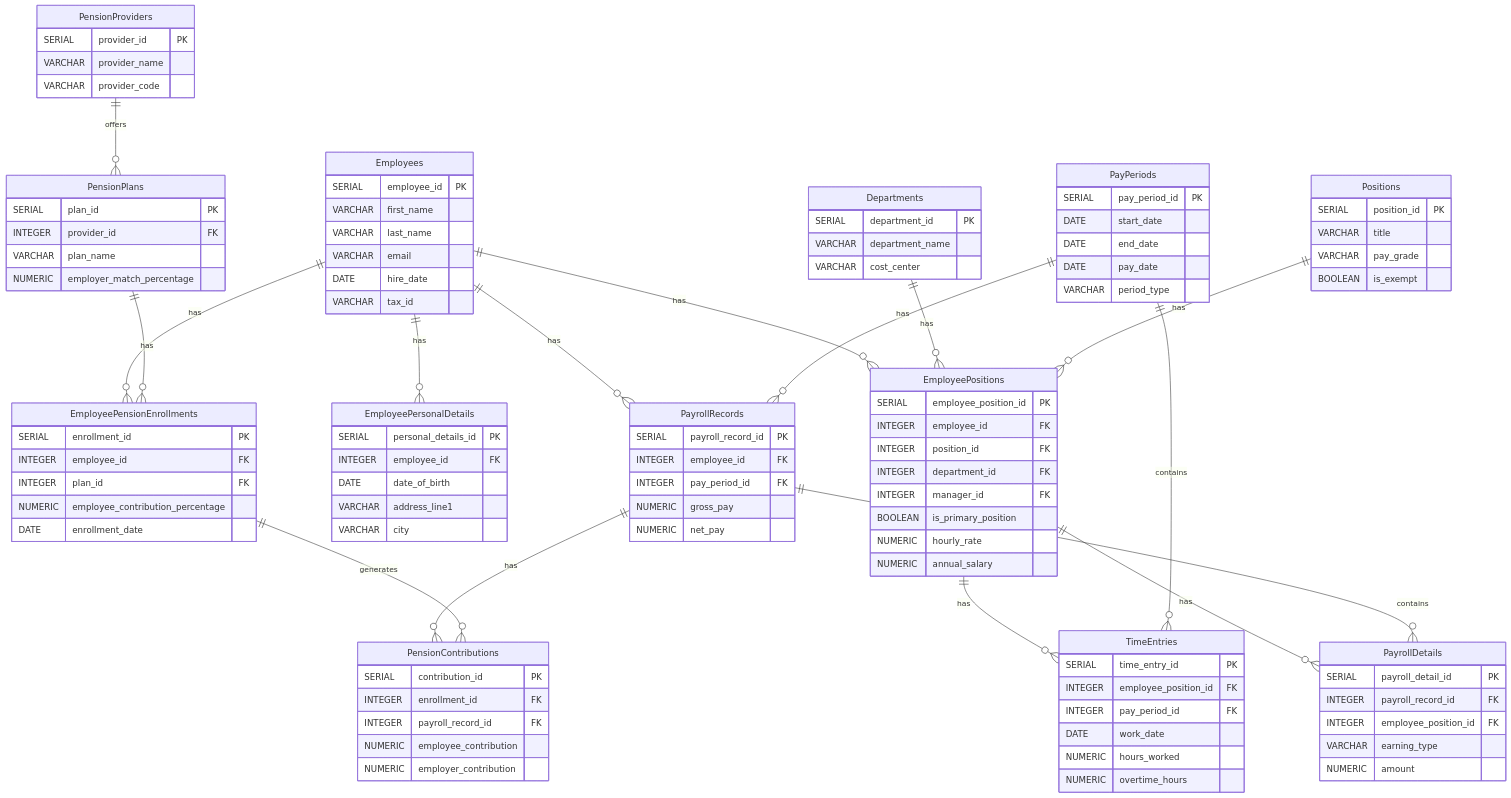
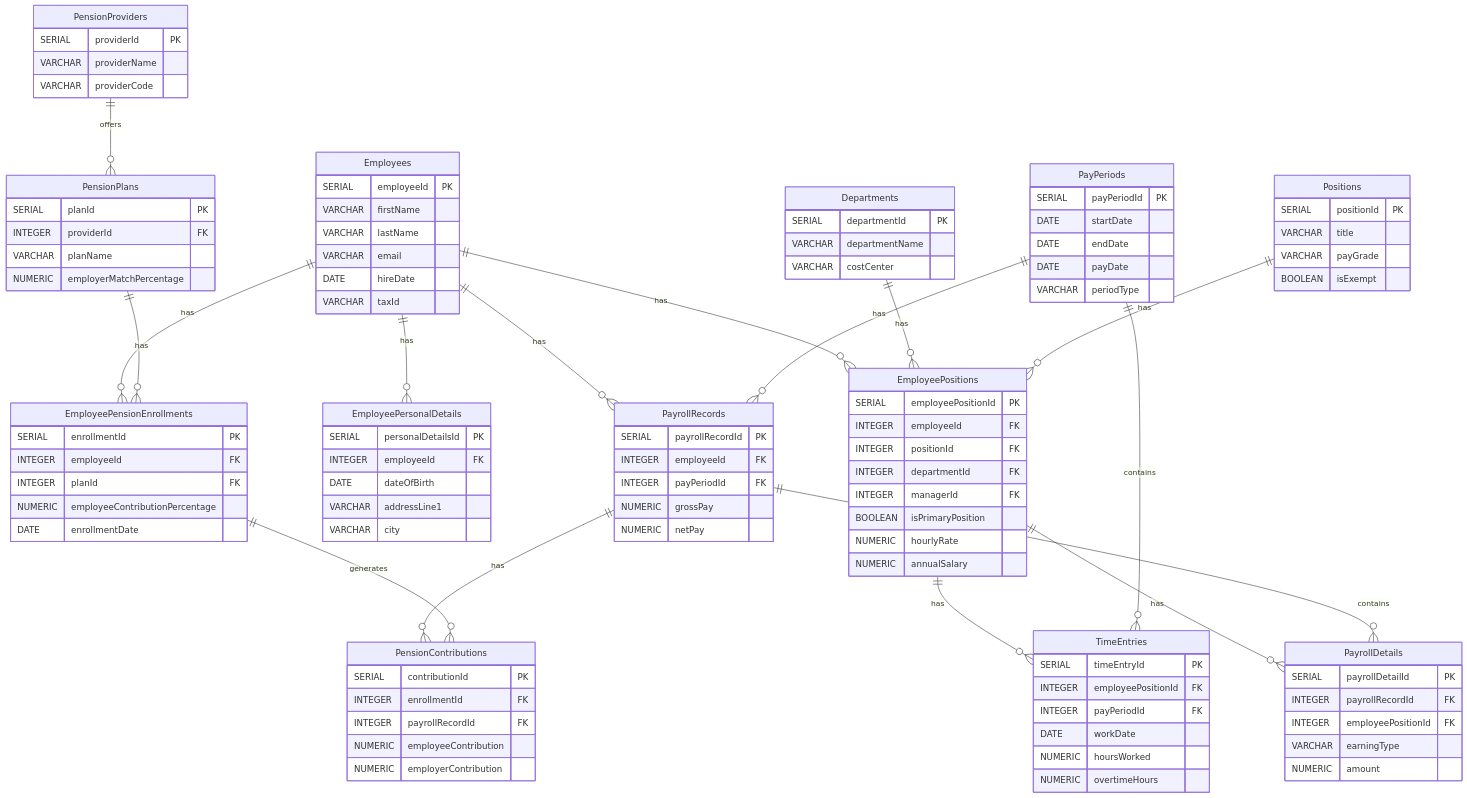
One commit to jon-shipley/payroll-toy changed the diagram in sql/migrations.mermaid. Above: the diagram before and after it, drawn with Mermaid. The commit also changed 1 other file, not shown here.

```diff
--- a/sql/migrations.mermaid
+++ b/sql/migrations.mermaid
@@ -1,127 +1,127 @@
 erDiagram
     Employees ||--o{ EmployeePositions : has
     Employees ||--o{ EmployeePersonalDetails : has
     Employees ||--o{ EmployeePensionEnrollments : has
     Employees ||--o{ PayrollRecords : has
 
     Departments ||--o{ EmployeePositions : has
 
     Positions ||--o{ EmployeePositions : has
 
     EmployeePositions ||--o{ TimeEntries : has
     EmployeePositions ||--o{ PayrollDetails : has
 
     PayPeriods ||--o{ TimeEntries : contains
     PayPeriods ||--o{ PayrollRecords : has
 
     PensionProviders ||--o{ PensionPlans : offers
 
     PensionPlans ||--o{ EmployeePensionEnrollments : has
 
     PayrollRecords ||--o{ PayrollDetails : contains
     PayrollRecords ||--o{ PensionContributions : has
 
     EmployeePensionEnrollments ||--o{ PensionContributions : generates
 
     Employees {
-        SERIAL employee_id PK
-        VARCHAR first_name
-        VARCHAR last_name
+        SERIAL employeeId PK
+        VARCHAR firstName
+        VARCHAR lastName
         VARCHAR email
-        DATE hire_date
-        VARCHAR tax_id
+        DATE hireDate
+        VARCHAR taxId
     }
 
     Departments {
-        SERIAL department_id PK
-        VARCHAR department_name
-        VARCHAR cost_center
+        SERIAL departmentId PK
+        VARCHAR departmentName
+        VARCHAR costCenter
     }
 
     Positions {
-        SERIAL position_id PK
+        SERIAL positionId PK
         VARCHAR title
-        VARCHAR pay_grade
-        BOOLEAN is_exempt
+        VARCHAR payGrade
+        BOOLEAN isExempt
     }
 
     EmployeePositions {
-        SERIAL employee_position_id PK
-        INTEGER employee_id FK
-        INTEGER position_id FK
-        INTEGER department_id FK
-        INTEGER manager_id FK
-        BOOLEAN is_primary_position
-        NUMERIC hourly_rate
-        NUMERIC annual_salary
+        SERIAL employeePositionId PK
+        INTEGER employeeId FK
+        INTEGER positionId FK
+        INTEGER departmentId FK
+        INTEGER managerId FK
+        BOOLEAN isPrimaryPosition
+        NUMERIC hourlyRate
+        NUMERIC annualSalary
     }
 
     PayPeriods {
-        SERIAL pay_period_id PK
-        DATE start_date
-        DATE end_date
-        DATE pay_date
-        VARCHAR period_type
+        SERIAL payPeriodId PK
+        DATE startDate
+        DATE endDate
+        DATE payDate
+        VARCHAR periodType
     }
 
     TimeEntries {
-        SERIAL time_entry_id PK
-        INTEGER employee_position_id FK
-        INTEGER pay_period_id FK
-        DATE work_date
-        NUMERIC hours_worked
-        NUMERIC overtime_hours
+        SERIAL timeEntryId PK
+        INTEGER employeePositionId FK
+        INTEGER payPeriodId FK
+        DATE workDate
+        NUMERIC hoursWorked
+        NUMERIC overtimeHours
     }
 
     PensionProviders {
-        SERIAL provider_id PK
-        VARCHAR provider_name
-        VARCHAR provider_code
+        SERIAL providerId PK
+        VARCHAR providerName
+        VARCHAR providerCode
     }
 
     PensionPlans {
-        SERIAL plan_id PK
-        INTEGER provider_id FK
-        VARCHAR plan_name
-        NUMERIC employer_match_percentage
+        SERIAL planId PK
+        INTEGER providerId FK
+        VARCHAR planName
+        NUMERIC employerMatchPercentage
     }
 
     EmployeePensionEnrollments {
-        SERIAL enrollment_id PK
-        INTEGER employee_id FK
-        INTEGER plan_id FK
-        NUMERIC employee_contribution_percentage
-        DATE enrollment_date
+        SERIAL enrollmentId PK
+        INTEGER employeeId FK
+        INTEGER planId FK
+        NUMERIC employeeContributionPercentage
+        DATE enrollmentDate
     }
 
     PayrollRecords {
-        SERIAL payroll_record_id PK
-        INTEGER employee_id FK
-        INTEGER pay_period_id FK
-        NUMERIC gross_pay
-        NUMERIC net_pay
+        SERIAL payrollRecordId PK
+        INTEGER employeeId FK
+        INTEGER payPeriodId FK
+        NUMERIC grossPay
+        NUMERIC netPay
     }
 
     PayrollDetails {
-        SERIAL payroll_detail_id PK
-        INTEGER payroll_record_id FK
-        INTEGER employee_position_id FK
-        VARCHAR earning_type
+        SERIAL payrollDetailId PK
+        INTEGER payrollRecordId FK
+        INTEGER employeePositionId FK
+        VARCHAR earningType
         NUMERIC amount
     }
 
     PensionContributions {
-        SERIAL contribution_id PK
-        INTEGER enrollment_id FK
-        INTEGER payroll_record_id FK
-        NUMERIC employee_contribution
-        NUMERIC employer_contribution
+        SERIAL contributionId PK
+        INTEGER enrollmentId FK
+        INTEGER payrollRecordId FK
+        NUMERIC employeeContribution
+        NUMERIC employerContribution
     }
 
     EmployeePersonalDetails {
-        SERIAL personal_details_id PK
-        INTEGER employee_id FK
-        DATE date_of_birth
-        VARCHAR address_line1
+        SERIAL personalDetailsId PK
+        INTEGER employeeId FK
+        DATE dateOfBirth
+        VARCHAR addressLine1
         VARCHAR city
     }
```
